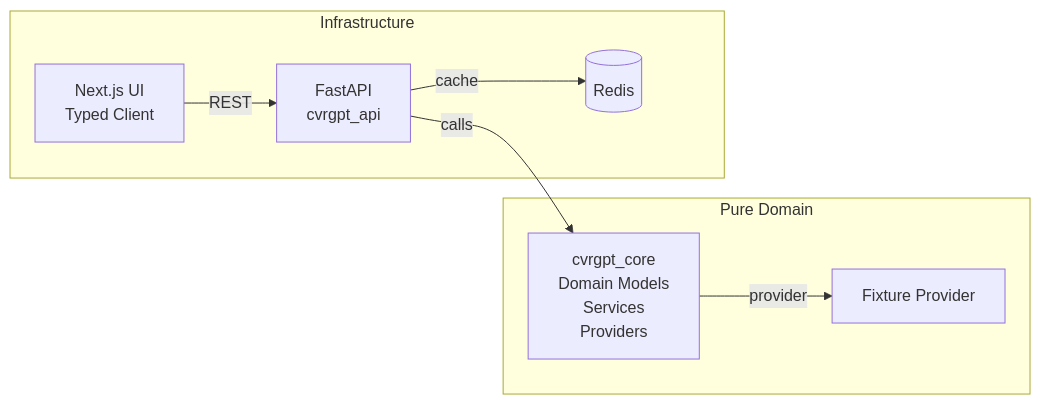
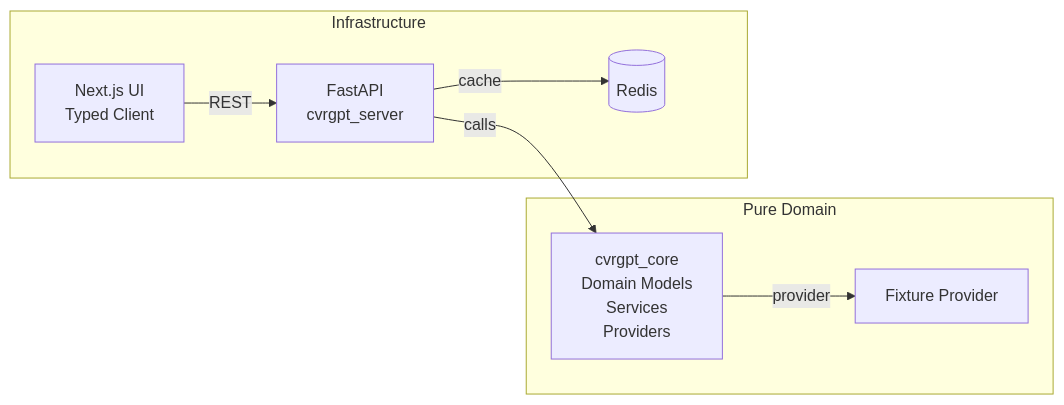
Before and after one commit to asgerof/cvrgpt_v2: the diagram in README.md, drawn with Mermaid. The commit also changed other lines of this file, not shown here.

First line of the commit message:
docs: unify API documentation and clarify architecture

````diff
--- a/README.md
+++ b/README.md
@@ -61,18 +61,18 @@
 ```mermaid
 flowchart LR
-  UI[Next.js UI<br/>Typed Client] -- REST --> API[FastAPI<br/>cvrgpt_api]
+  UI[Next.js UI<br/>Typed Client] -- REST --> API[FastAPI<br/>cvrgpt_server]
   API -- calls --> CORE[cvrgpt_core<br/>Domain Models<br/>Services<br/>Providers]
   API -- cache --> Redis[(Redis)]
   CORE -- provider --> Fixture[Fixture Provider]
 
   subgraph "Pure Domain"
     CORE
     Fixture
   end
 
   subgraph "Infrastructure"
     API
     Redis
     UI
   end
 ```
````
